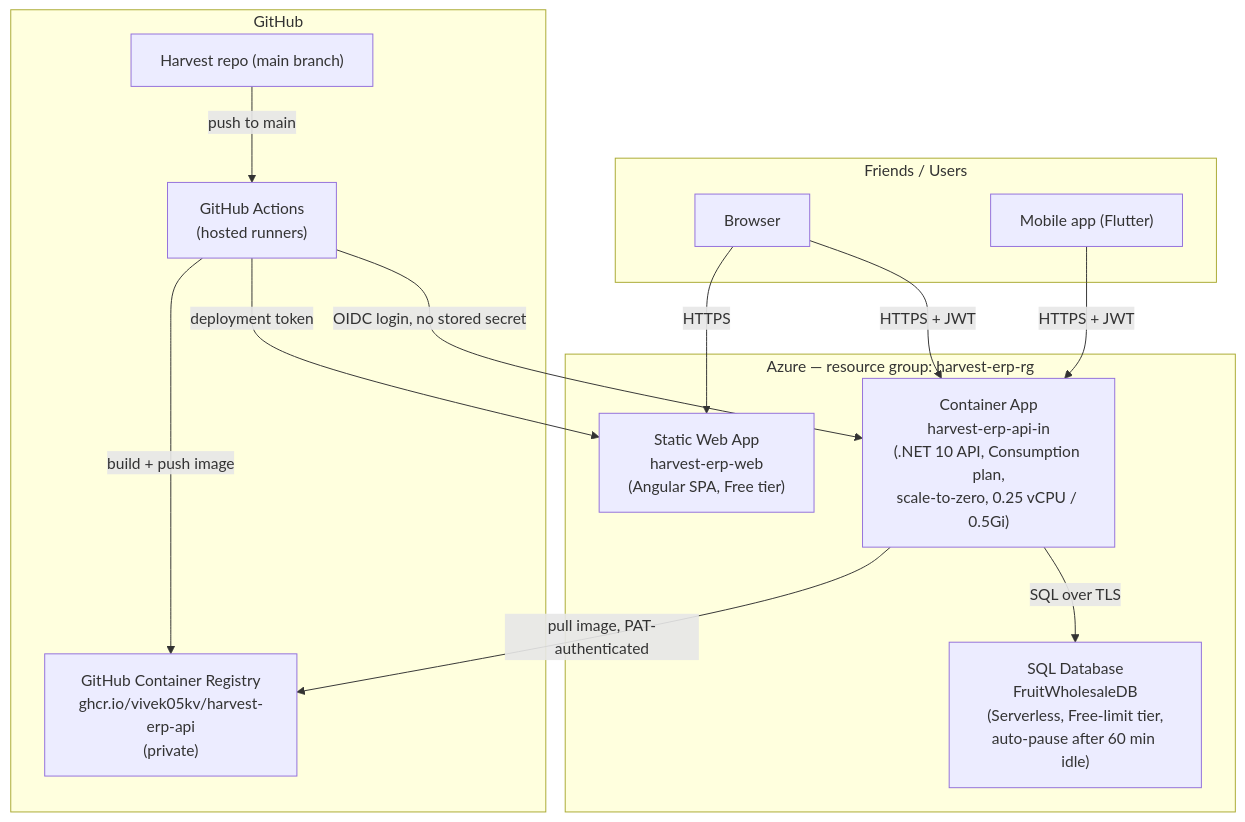
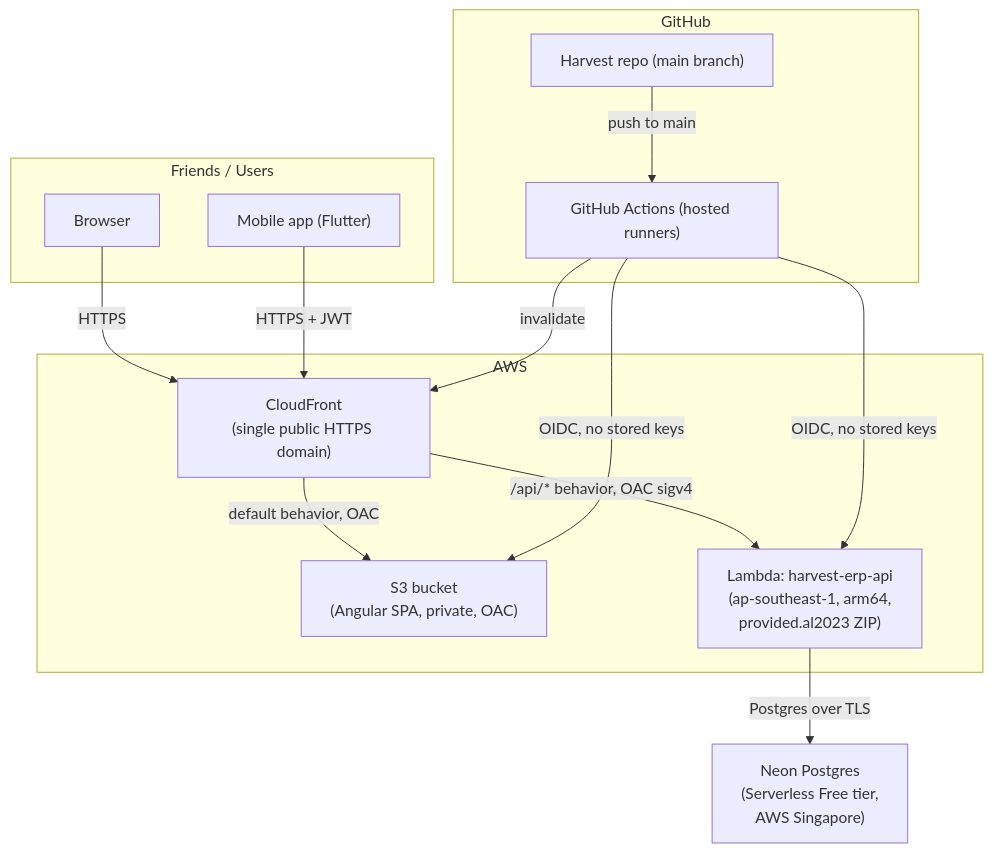
Before and after one commit to ViveK05KV/Harvest: the diagram in README.md, drawn with Mermaid. The commit also changed other lines of this file and 10 other files, not shown here.

First line of the commit message:
Migrate deploy target from Azure to AWS (Lambda + S3/CloudFront + Neon)

````diff
--- a/README.md
+++ b/README.md
@@ -125,30 +127,31 @@
 ```mermaid
 flowchart TB
     subgraph clients["Friends / Users"]
         browser["Browser"]
         mobile["Mobile app (Flutter)"]
     end
 
     subgraph gh["GitHub"]
         repo["Harvest repo (main branch)"]
-        actions["GitHub Actions\n(hosted runners)"]
-        ghcr["GitHub Container Registry\nghcr.io/vivek05kv/harvest-erp-api\n(private)"]
+        actions["GitHub Actions (hosted runners)"]
     end
 
-    subgraph azure["Azure — resource group: harvest-erp-rg"]
-        swa["Static Web App\nharvest-erp-web\n(Angular SPA, Free tier)"]
-        aca["Container App\nharvest-erp-api-in\n(.NET 10 API, Consumption plan,\nscale-to-zero, 0.25 vCPU / 0.5Gi)"]
-        sql["SQL Database\nFruitWholesaleDB\n(Serverless, Free-limit tier,\nauto-pause after 60 min idle)"]
+    subgraph aws["AWS"]
+        cf["CloudFront\n(single public HTTPS domain)"]
+        s3["S3 bucket\n(Angular SPA, private, OAC)"]
+        lambda["Lambda: harvest-erp-api\n(ap-southeast-1, arm64,\nprovided.al2023 ZIP)"]
     end
 
-    browser -->|HTTPS| swa
-    browser -->|HTTPS + JWT| aca
-    mobile -->|HTTPS + JWT| aca
-    aca -->|SQL over TLS| sql
+    neon["Neon Postgres\n(Serverless Free tier,\nAWS Singapore)"]
+
+    browser -->|HTTPS| cf
+    mobile -->|HTTPS + JWT| cf
+    cf -->|default behavior, OAC| s3
+    cf -->|/api/* behavior, OAC sigv4| lambda
+    lambda -->|Postgres over TLS| neon
 
     repo -->|push to main| actions
-    actions -->|build + push image| ghcr
-    actions -->|OIDC login, no stored secret| aca
-    aca -->|pull image, PAT-authenticated| ghcr
-    actions -->|deployment token| swa
+    actions -->|OIDC, no stored keys| lambda
+    actions -->|OIDC, no stored keys| s3
+    actions -->|invalidate| cf
 ```
````
